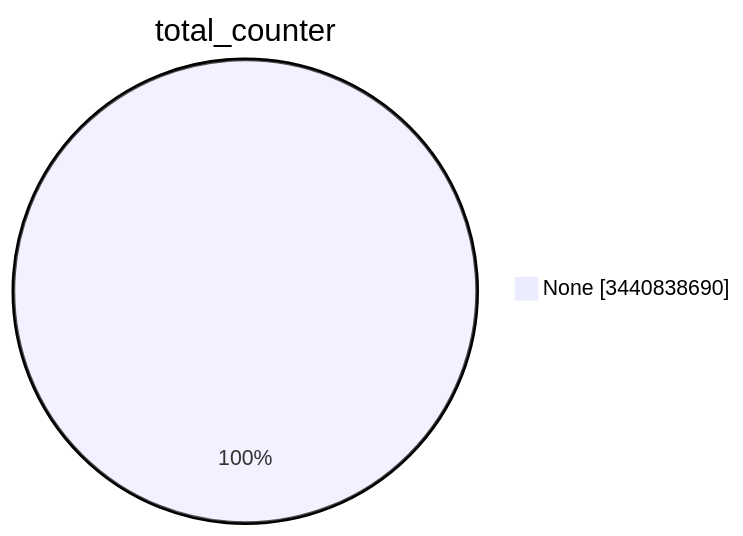
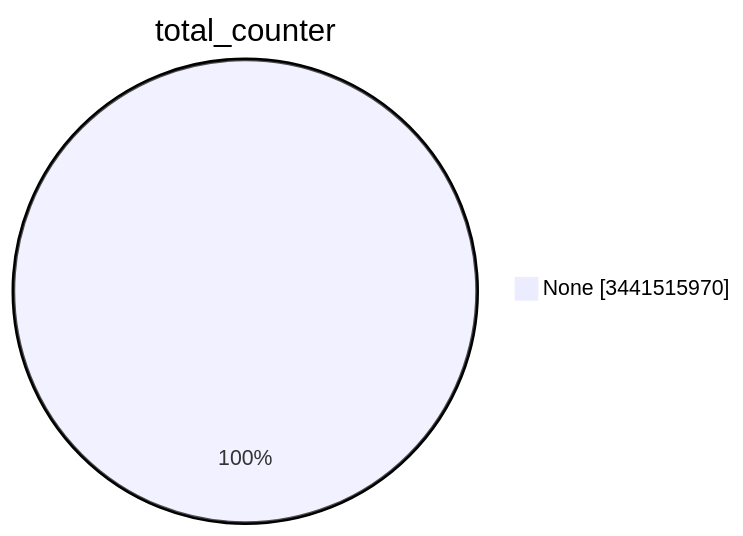
Before and after one commit to christiankrug/ctmonitor_visualization: the first of 15 diagrams in TOTAL/README.md, drawn with Mermaid. The commit also changed other lines of this file, not shown here.

````diff
--- a/TOTAL/README.md
+++ b/TOTAL/README.md
@@ -1,5 +1,5 @@
 ```mermaid
 pie showData
 title total_counter
-"None" :3440838690
+"None" :3441515970
 ```
````
